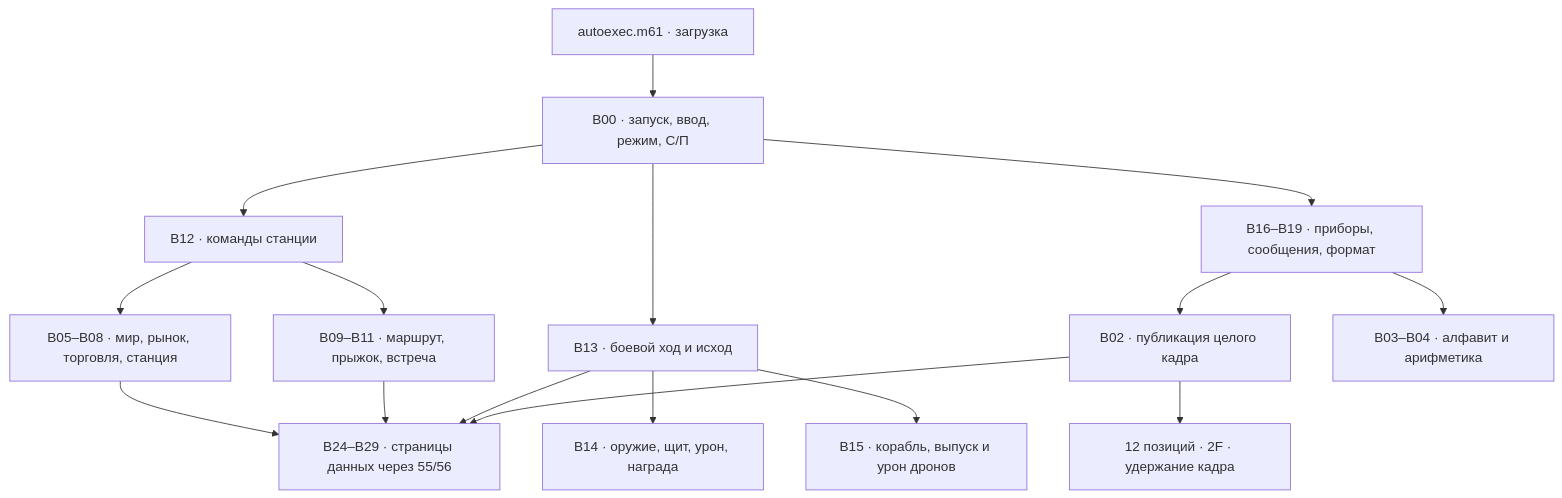
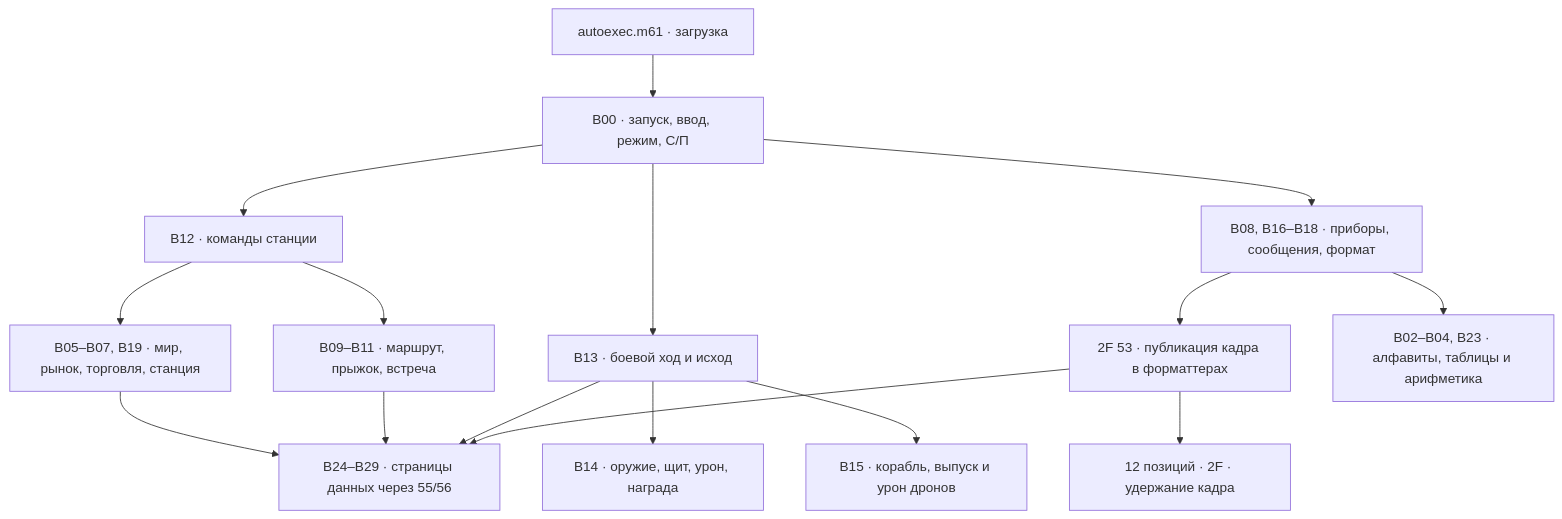
The diagram in doc/design/Segment-Elite.md (bolknote/MK61S_MINI), drawn with Mermaid before and after one commit. The commit also changed other lines of this file and 9 other files, not shown here.

````diff
--- a/doc/design/Segment-Elite.md
+++ b/doc/design/Segment-Elite.md
@@ -25,18 +25,18 @@
 ```mermaid
 flowchart TD
     L["autoexec.m61 · загрузка"] --> K["B00 · запуск, ввод, режим, С/П"]
     K --> I["B12 · команды станции"]
-    I --> T["B05–B08 · мир, рынок, торговля, станция"]
+    I --> T["B05–B07, B19 · мир, рынок, торговля, станция"]
     I --> N["B09–B11 · маршрут, прыжок, встреча"]
     K --> B["B13 · боевой ход и исход"]
     B --> W["B14 · оружие, щит, урон, награда"]
     B --> E["B15 · корабль, выпуск и урон дронов"]
-    K --> V["B16–B19 · приборы, сообщения, формат"]
-    V --> D["B02 · публикация целого кадра"]
-    V --> G["B03–B04 · алфавит и арифметика"]
+    K --> V["B08, B16–B18 · приборы, сообщения, формат"]
+    V --> D["2F 53 · публикация кадра в форматтерах"]
+    V --> G["B02–B04, B23 · алфавиты, таблицы и арифметика"]
     D --> LCD["12 позиций · 2F · удержание кадра"]
     T --> P["B24–B29 · страницы данных через 55/56"]
     N --> P
     B --> P
     D --> P
 ```
````
